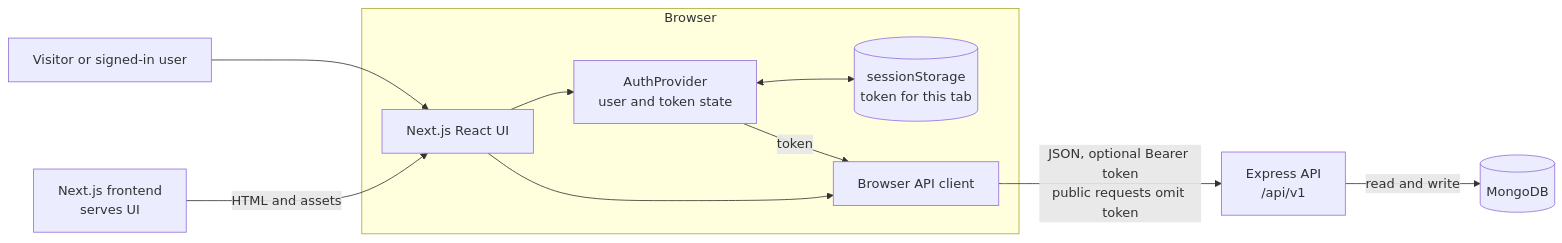
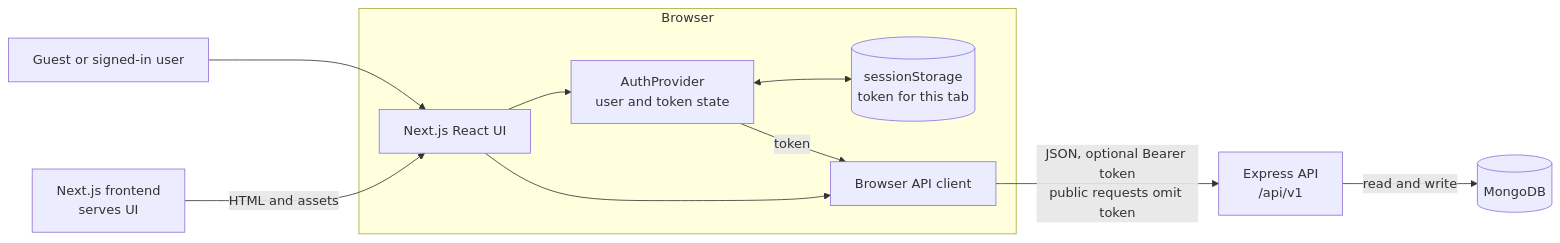
The diagram in docs/SYSTEM-DESIGN.md (Azther0z/frontend-project), drawn with Mermaid before and after one commit. The commit also changed other lines of this file and 15 other files, not shown here.

````diff
--- a/docs/SYSTEM-DESIGN.md
+++ b/docs/SYSTEM-DESIGN.md
@@ -8,21 +9,21 @@
 ```mermaid
 flowchart LR
-    Visitor[Visitor or signed-in user]
+    Visitor[Guest or signed-in user]
     subgraph Web[Browser]
         UI[Next.js React UI]
         Auth[AuthProvider\nuser and token state]
         Store[(sessionStorage\ntoken for this tab)]
         Client[Browser API client]
         UI --> Auth
         Auth <--> Store
     end
     Next[Next.js frontend\nserves UI]
     Express[Express API\n/api/v1]
     DB[(MongoDB)]
     Visitor --> UI
     Next -->|HTML and assets| UI
     UI --> Client
     Auth -->|token| Client
     Client -->|JSON, optional Bearer token\npublic requests omit token| Express
     Express -->|read and write| DB
 ```
````
